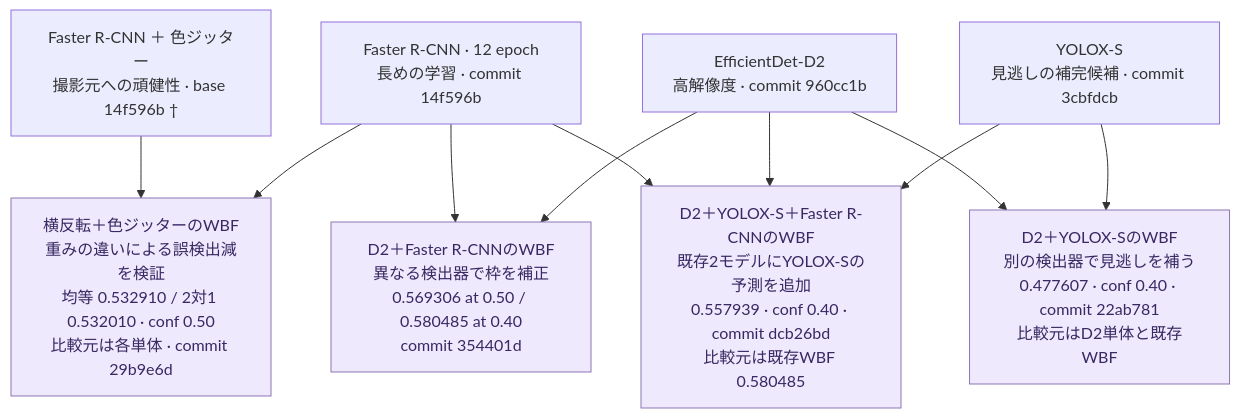
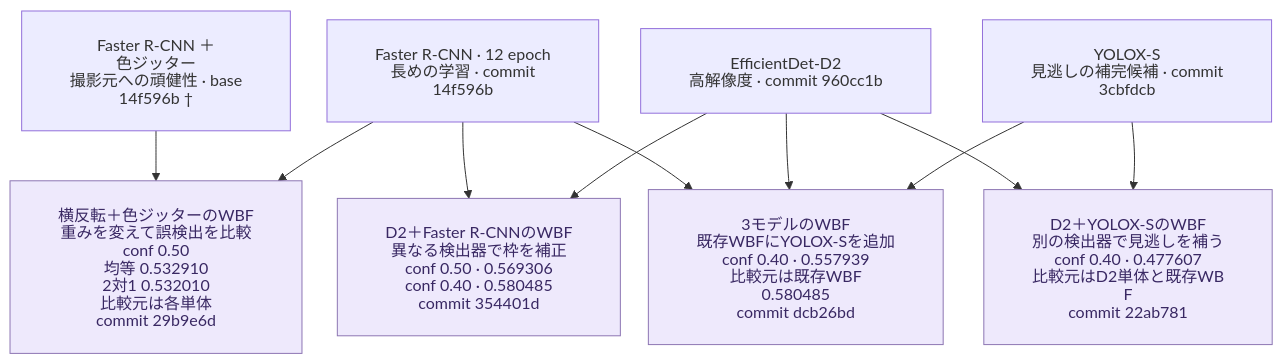
Before and after one commit to Yutarotaro/kaggle-global-wheat-detection: the second of 3 diagrams in docs/experiment-lineage.md, drawn with Mermaid. The commit also changed other lines of this file, not shown here.

Commit message:
docs: 実験系譜のMermaidラベルがはみ出すのを直す

````diff
--- a/docs/experiment-lineage.md
+++ b/docs/experiment-lineage.md
@@ -58,25 +59,26 @@
 ```mermaid
+%%{init: {"htmlLabels": false, "flowchart": {"padding": 24, "nodeSpacing": 28}}}%%
 flowchart TB
     C["Faster R-CNN ＋ 色ジッター<br/>撮影元への頑健性 · base 14f596b †"]
     B12["Faster R-CNN · 12 epoch<br/>長めの学習 · commit 14f596b"]
     D2["EfficientDet-D2<br/>高解像度 · commit 960cc1b"]
     Y["YOLOX-S<br/>見逃しの補完候補 · commit 3cbfdcb"]
 
-    W1["横反転＋色ジッターのWBF<br/>重みの違いによる誤検出減を検証<br/>均等 0.532910 / 2対1 0.532010 · conf 0.50<br/>比較元は各単体 · commit 29b9e6d"]
-    W2["D2＋Faster R-CNNのWBF<br/>異なる検出器で枠を補正<br/>0.569306 at 0.50 / 0.580485 at 0.40<br/>commit 354401d"]
-    W3["D2＋YOLOX-S＋Faster R-CNNのWBF<br/>既存2モデルにYOLOX-Sの予測を追加<br/>0.557939 · conf 0.40 · commit dcb26bd<br/>比較元は既存WBF 0.580485"]
-    WY["D2＋YOLOX-SのWBF<br/>別の検出器で見逃しを補う<br/>0.477607 · conf 0.40 · commit 22ab781<br/>比較元はD2単体と既存WBF"]
+    W1["横反転＋色ジッターのWBF<br/>重みを変えて誤検出を比較<br/>conf 0.50<br/>均等 0.532910<br/>2対1 0.532010<br/>比較元は各単体<br/>commit 29b9e6d"]
+    W2["D2＋Faster R-CNNのWBF<br/>異なる検出器で枠を補正<br/>conf 0.50 · 0.569306<br/>conf 0.40 · 0.580485<br/>commit 354401d"]
+    W3["3モデルのWBF<br/>既存WBFにYOLOX-Sを追加<br/>conf 0.40 · 0.557939<br/>比較元は既存WBF 0.580485<br/>commit dcb26bd"]
+    WY["D2＋YOLOX-SのWBF<br/>別の検出器で見逃しを補う<br/>conf 0.40 · 0.477607<br/>比較元はD2単体と既存WBF<br/>commit 22ab781"]
 
     C --> W1
     B12 --> W1
     B12 --> W2
     D2 --> W2
     B12 --> W3
     D2 --> W3
     Y --> W3
     D2 --> WY
     Y --> WY
 
     classDef ensemble fill:#eee9fc,color:#392863,stroke:#8d76b3
     class W1,W2,WY,W3 ensemble
 ```
````
